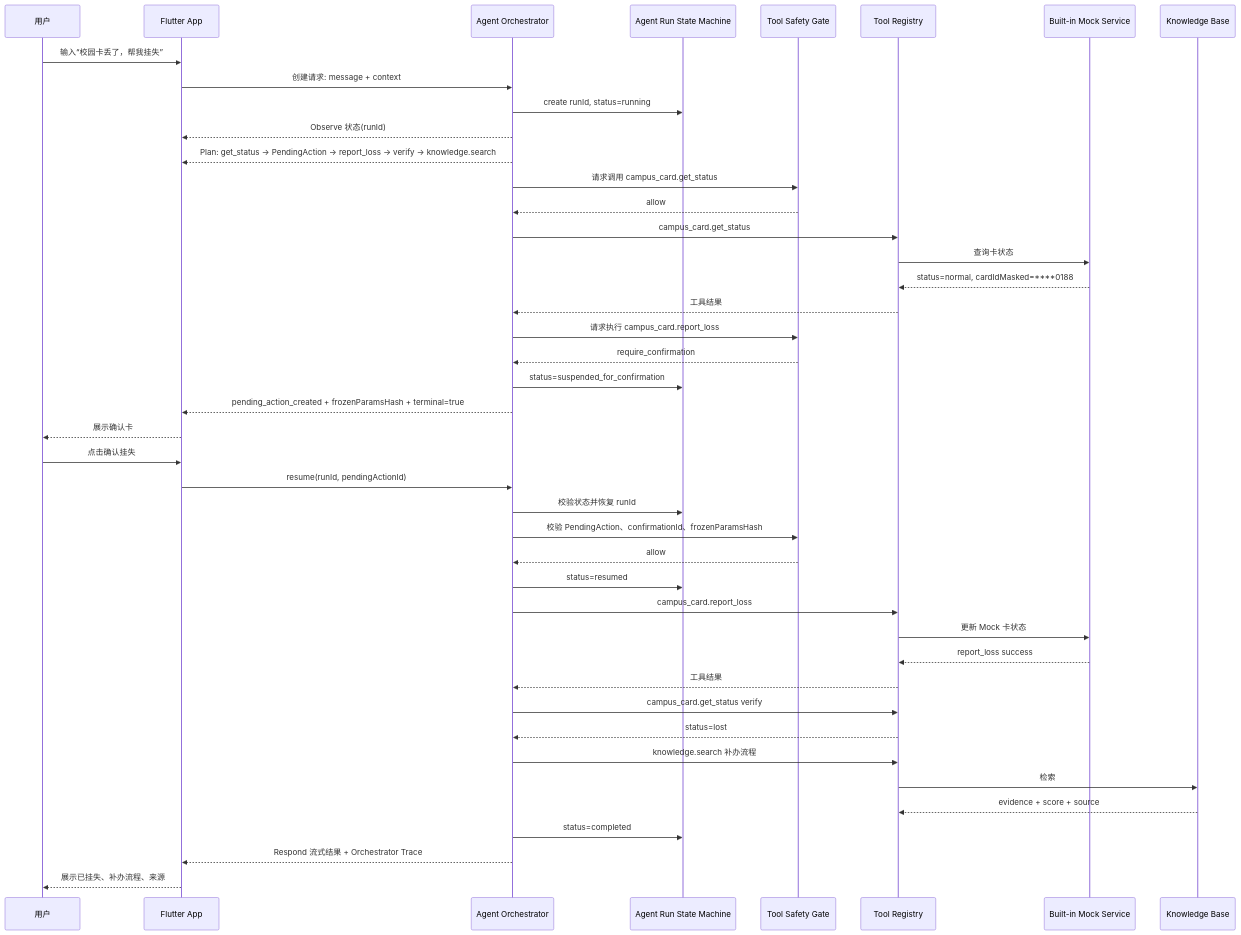
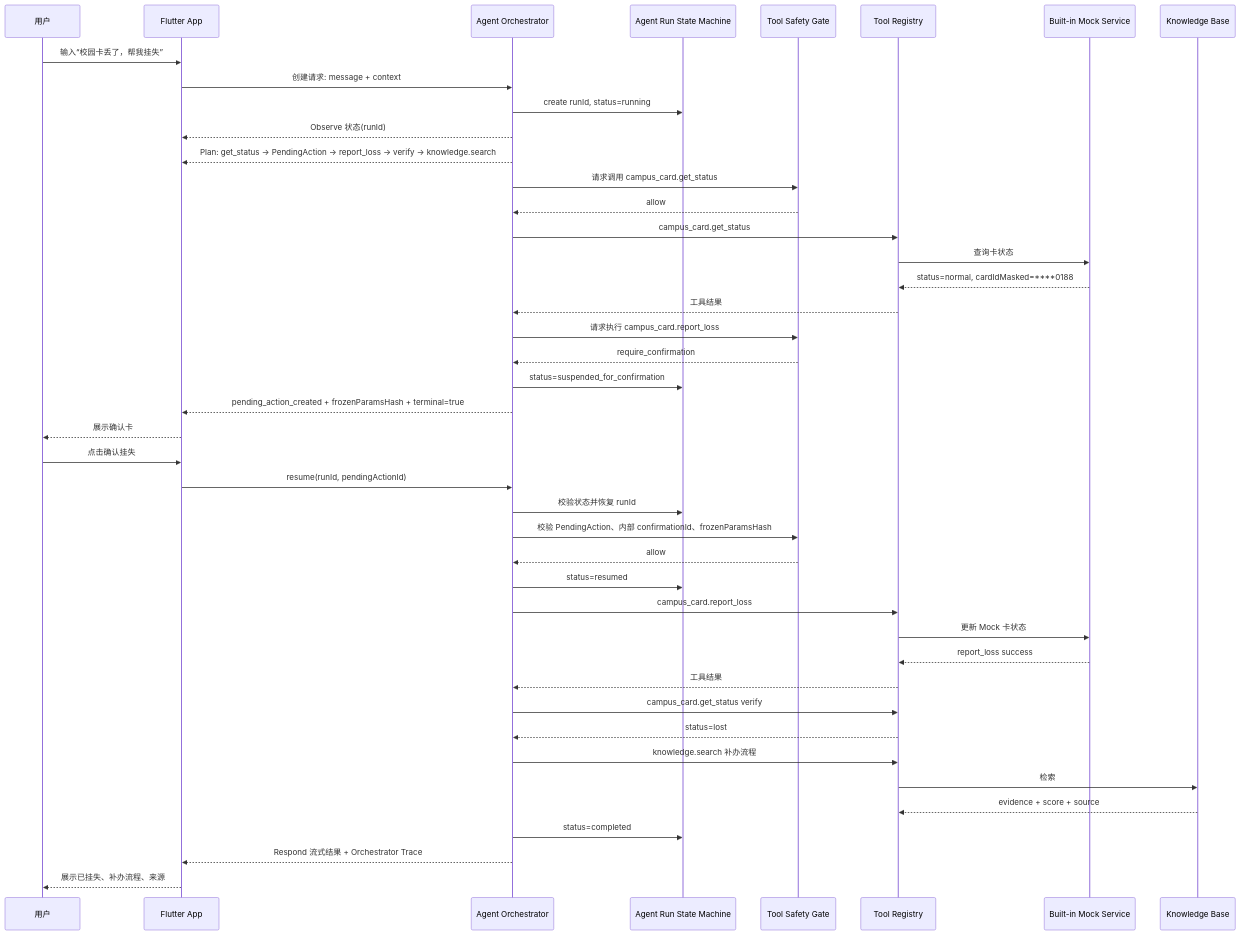
Before and after one commit to sotice/campus--agent: the second of 3 diagrams in docs/PRD.md, drawn with Mermaid. The commit also changed other lines of this file and 7 other files, not shown here.

````diff
--- a/docs/PRD.md
+++ b/docs/PRD.md
@@ -222,51 +222,51 @@
 ```mermaid
 sequenceDiagram
     participant U as 用户
     participant APP as Flutter App
     participant AG as Agent Orchestrator
     participant RUN as Agent Run State Machine
     participant SG as Tool Safety Gate
     participant T as Tool Registry
     participant DATA as Built-in Mock Service
     participant KB as Knowledge Base
 
     U->>APP: 输入“校园卡丢了，帮我挂失”
     APP->>AG: 创建请求: message + context
     AG->>RUN: create runId, status=running
     AG-->>APP: Observe 状态(runId)
     AG-->>APP: Plan: get_status → PendingAction → report_loss → verify → knowledge.search
 
     AG->>SG: 请求调用 campus_card.get_status
     SG-->>AG: allow
     AG->>T: campus_card.get_status
     T->>DATA: 查询卡状态
     DATA-->>T: status=normal, cardIdMasked=****0188
     T-->>AG: 工具结果
 
     AG->>SG: 请求执行 campus_card.report_loss
     SG-->>AG: require_confirmation
     AG->>RUN: status=suspended_for_confirmation
     AG-->>APP: pending_action_created + frozenParamsHash + terminal=true
     APP-->>U: 展示确认卡
 
     U->>APP: 点击确认挂失
     APP->>AG: resume(runId, pendingActionId)
     AG->>RUN: 校验状态并恢复 runId
-    AG->>SG: 校验 PendingAction、confirmationId、frozenParamsHash
+    AG->>SG: 校验 PendingAction、内部 confirmationId、frozenParamsHash
     SG-->>AG: allow
     AG->>RUN: status=resumed
 
     AG->>T: campus_card.report_loss
     T->>DATA: 更新 Mock 卡状态
     DATA-->>T: report_loss success
     T-->>AG: 工具结果
 
     AG->>T: campus_card.get_status verify
     T-->>AG: status=lost
     AG->>T: knowledge.search 补办流程
     T->>KB: 检索
     KB-->>T: evidence + score + source
     AG->>RUN: status=completed
     AG-->>APP: Respond 流式结果 + Orchestrator Trace
     APP-->>U: 展示已挂失、补办流程、来源
 ```
````
